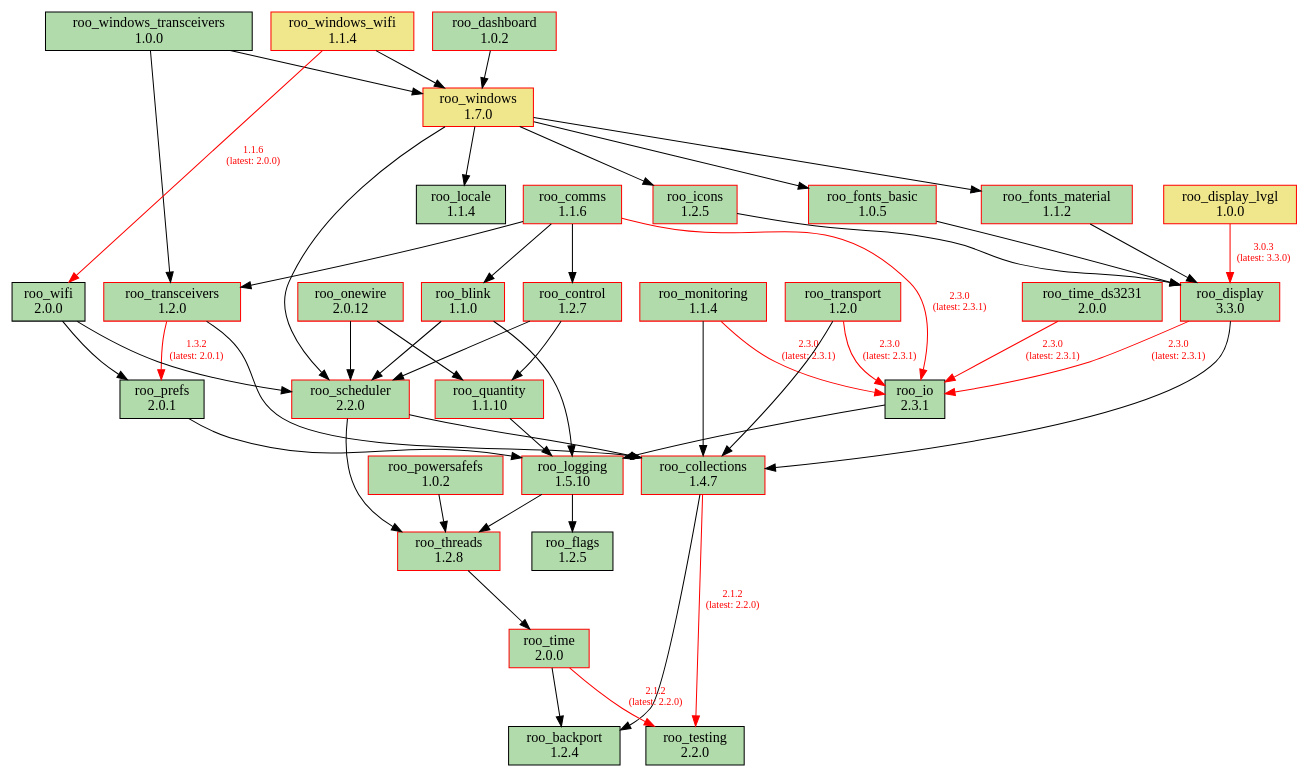
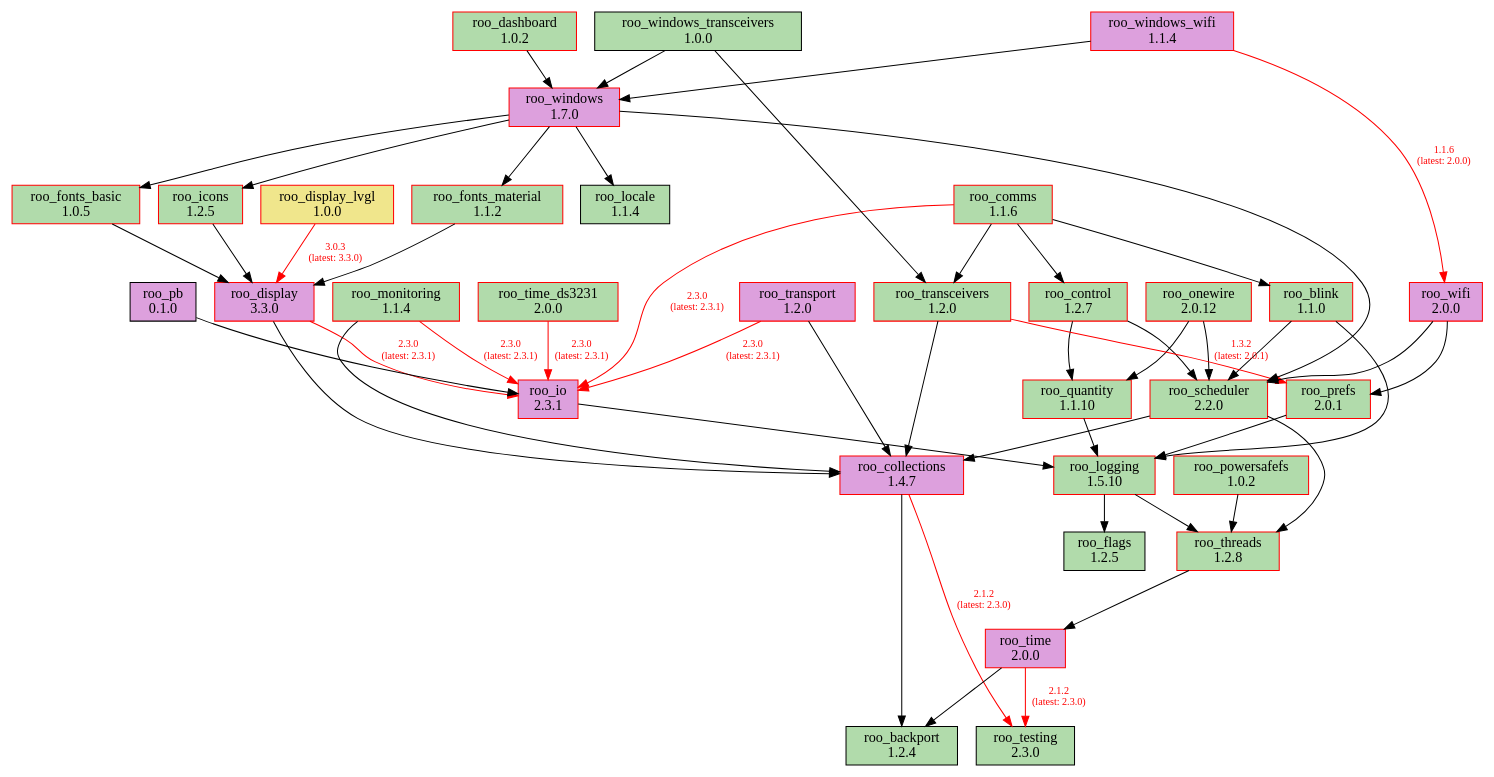
Before and after one commit to dejwk/roo-registry: the diagram in doc/dependencies.dot, drawn with Graphviz. The commit also changed 3 other files, not shown here.

Commit message:
Added roo_testing 2.3.0 to the registry.

```diff
--- a/doc/dependencies.dot
+++ b/doc/dependencies.dot
@@ -1,88 +1,90 @@
 digraph dependencies {
     rankdir=TB;
     node [shape=box, style=filled];
     edge [fontsize=10];
 
     // Modules
     "roo_backport" [label="roo_backport\n1.2.4", fillcolor="#b1dbab", color="black"];
     "roo_blink" [label="roo_blink\n1.1.0", fillcolor="#b1dbab", color="red"];
-    "roo_collections" [label="roo_collections\n1.4.7", fillcolor="#b1dbab", color="red"];
+    "roo_collections" [label="roo_collections\n1.4.7", fillcolor="plum", color="red"];
     "roo_comms" [label="roo_comms\n1.1.6", fillcolor="#b1dbab", color="red"];
     "roo_control" [label="roo_control\n1.2.7", fillcolor="#b1dbab", color="red"];
     "roo_dashboard" [label="roo_dashboard\n1.0.2", fillcolor="#b1dbab", color="red"];
-    "roo_display" [label="roo_display\n3.3.0", fillcolor="#b1dbab", color="red"];
+    "roo_display" [label="roo_display\n3.3.0", fillcolor="plum", color="red"];
     "roo_display_lvgl" [label="roo_display_lvgl\n1.0.0", fillcolor="khaki", color="red"];
     "roo_flags" [label="roo_flags\n1.2.5", fillcolor="#b1dbab", color="black"];
     "roo_fonts_basic" [label="roo_fonts_basic\n1.0.5", fillcolor="#b1dbab", color="red"];
     "roo_fonts_material" [label="roo_fonts_material\n1.1.2", fillcolor="#b1dbab", color="red"];
     "roo_icons" [label="roo_icons\n1.2.5", fillcolor="#b1dbab", color="red"];
-    "roo_io" [label="roo_io\n2.3.1", fillcolor="#b1dbab", color="black"];
+    "roo_io" [label="roo_io\n2.3.1", fillcolor="plum", color="red"];
     "roo_locale" [label="roo_locale\n1.1.4", fillcolor="#b1dbab", color="black"];
     "roo_logging" [label="roo_logging\n1.5.10", fillcolor="#b1dbab", color="red"];
     "roo_monitoring" [label="roo_monitoring\n1.1.4", fillcolor="#b1dbab", color="red"];
     "roo_onewire" [label="roo_onewire\n2.0.12", fillcolor="#b1dbab", color="red"];
+    "roo_pb" [label="roo_pb\n0.1.0", fillcolor="plum", color="black"];
     "roo_powersafefs" [label="roo_powersafefs\n1.0.2", fillcolor="#b1dbab", color="red"];
-    "roo_prefs" [label="roo_prefs\n2.0.1", fillcolor="#b1dbab", color="black"];
+    "roo_prefs" [label="roo_prefs\n2.0.1", fillcolor="#b1dbab", color="red"];
     "roo_quantity" [label="roo_quantity\n1.1.10", fillcolor="#b1dbab", color="red"];
     "roo_scheduler" [label="roo_scheduler\n2.2.0", fillcolor="#b1dbab", color="red"];
-    "roo_testing" [label="roo_testing\n2.2.0", fillcolor="#b1dbab", color="black"];
+    "roo_testing" [label="roo_testing\n2.3.0", fillcolor="#b1dbab", color="black"];
     "roo_threads" [label="roo_threads\n1.2.8", fillcolor="#b1dbab", color="red"];
-    "roo_time" [label="roo_time\n2.0.0", fillcolor="#b1dbab", color="red"];
+    "roo_time" [label="roo_time\n2.0.0", fillcolor="plum", color="red"];
     "roo_time_ds3231" [label="roo_time_ds3231\n2.0.0", fillcolor="#b1dbab", color="red"];
     "roo_transceivers" [label="roo_transceivers\n1.2.0", fillcolor="#b1dbab", color="red"];
-    "roo_transport" [label="roo_transport\n1.2.0", fillcolor="#b1dbab", color="red"];
-    "roo_wifi" [label="roo_wifi\n2.0.0", fillcolor="#b1dbab", color="black"];
-    "roo_windows" [label="roo_windows\n1.7.0", fillcolor="khaki", color="red"];
+    "roo_transport" [label="roo_transport\n1.2.0", fillcolor="plum", color="red"];
+    "roo_wifi" [label="roo_wifi\n2.0.0", fillcolor="plum", color="red"];
+    "roo_windows" [label="roo_windows\n1.7.0", fillcolor="plum", color="red"];
     "roo_windows_transceivers" [label="roo_windows_transceivers\n1.0.0", fillcolor="#b1dbab", color="black"];
-    "roo_windows_wifi" [label="roo_windows_wifi\n1.1.4", fillcolor="khaki", color="red"];
+    "roo_windows_wifi" [label="roo_windows_wifi\n1.1.4", fillcolor="plum", color="red"];
 
     // Dependencies
     "roo_blink" -> "roo_logging";
     "roo_blink" -> "roo_scheduler";
-    "roo_collections" -> "roo_testing" [color=red, fontcolor=red, label="2.1.2\n(latest: 2.2.0)"];
+    "roo_collections" -> "roo_testing" [color=red, fontcolor=red, label="2.1.2\n(latest: 2.3.0)"];
     "roo_collections" -> "roo_backport";
     "roo_comms" -> "roo_blink";
     "roo_comms" -> "roo_control";
     "roo_comms" -> "roo_io" [color=red, fontcolor=red, label="2.3.0\n(latest: 2.3.1)"];
     "roo_comms" -> "roo_transceivers";
     "roo_control" -> "roo_quantity";
     "roo_control" -> "roo_scheduler";
     "roo_dashboard" -> "roo_windows";
     "roo_display" -> "roo_collections";
     "roo_display" -> "roo_io" [color=red, fontcolor=red, label="2.3.0\n(latest: 2.3.1)"];
     "roo_display_lvgl" -> "roo_display" [color=red, fontcolor=red, label="3.0.3\n(latest: 3.3.0)"];
     "roo_fonts_basic" -> "roo_display";
     "roo_fonts_material" -> "roo_display";
     "roo_icons" -> "roo_display";
     "roo_io" -> "roo_logging";
     "roo_logging" -> "roo_flags";
     "roo_logging" -> "roo_threads";
     "roo_monitoring" -> "roo_collections";
     "roo_monitoring" -> "roo_io" [color=red, fontcolor=red, label="2.3.0\n(latest: 2.3.1)"];
     "roo_onewire" -> "roo_scheduler";
     "roo_onewire" -> "roo_quantity";
+    "roo_pb" -> "roo_io";
     "roo_powersafefs" -> "roo_threads";
     "roo_prefs" -> "roo_logging";
     "roo_quantity" -> "roo_logging";
     "roo_scheduler" -> "roo_collections";
     "roo_scheduler" -> "roo_threads";
     "roo_threads" -> "roo_time";
-    "roo_time" -> "roo_testing" [color=red, fontcolor=red, label="2.1.2\n(latest: 2.2.0)"];
+    "roo_time" -> "roo_testing" [color=red, fontcolor=red, label="2.1.2\n(latest: 2.3.0)"];
     "roo_time" -> "roo_backport";
     "roo_time_ds3231" -> "roo_io" [color=red, fontcolor=red, label="2.3.0\n(latest: 2.3.1)"];
     "roo_transceivers" -> "roo_collections";
     "roo_transceivers" -> "roo_prefs" [color=red, fontcolor=red, label="1.3.2\n(latest: 2.0.1)"];
     "roo_transport" -> "roo_collections";
     "roo_transport" -> "roo_io" [color=red, fontcolor=red, label="2.3.0\n(latest: 2.3.1)"];
     "roo_wifi" -> "roo_prefs";
     "roo_wifi" -> "roo_scheduler";
     "roo_windows" -> "roo_fonts_basic";
     "roo_windows" -> "roo_fonts_material";
     "roo_windows" -> "roo_locale";
     "roo_windows" -> "roo_icons";
     "roo_windows" -> "roo_scheduler";
     "roo_windows_transceivers" -> "roo_transceivers";
     "roo_windows_transceivers" -> "roo_windows";
     "roo_windows_wifi" -> "roo_wifi" [color=red, fontcolor=red, label="1.1.6\n(latest: 2.0.0)"];
     "roo_windows_wifi" -> "roo_windows";
 }
```
